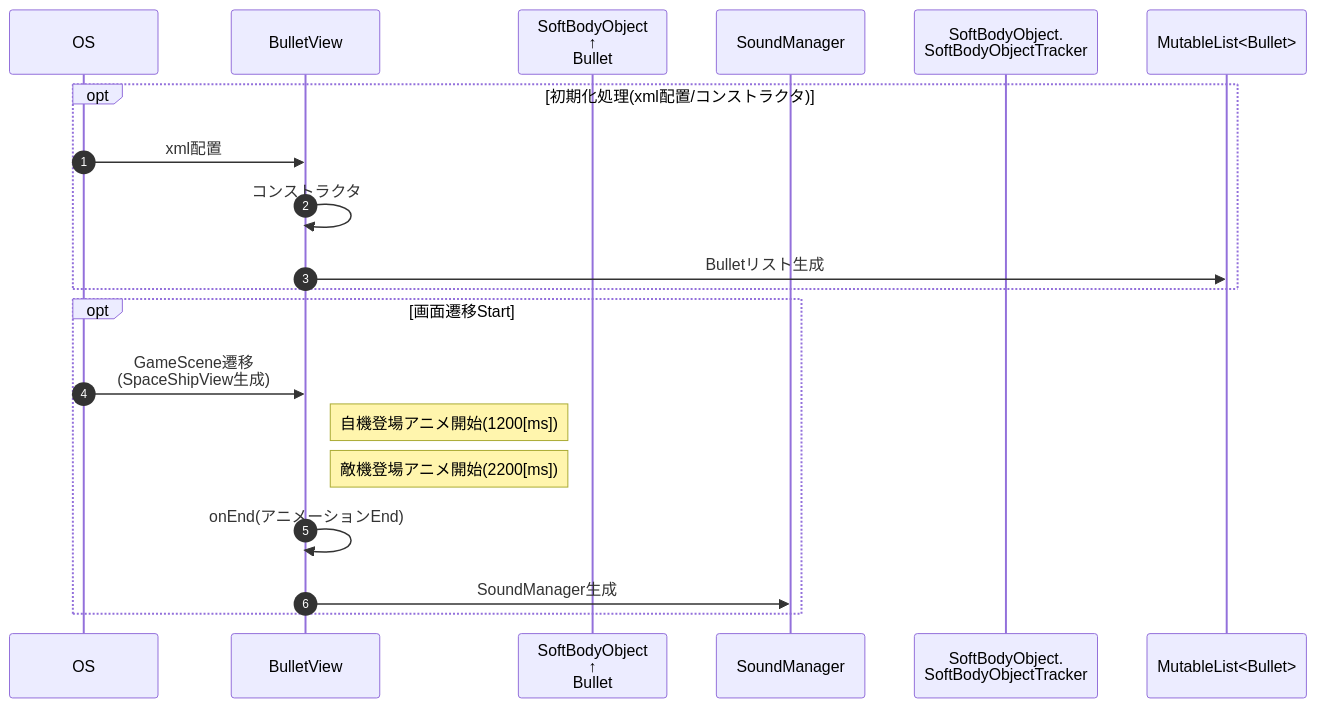
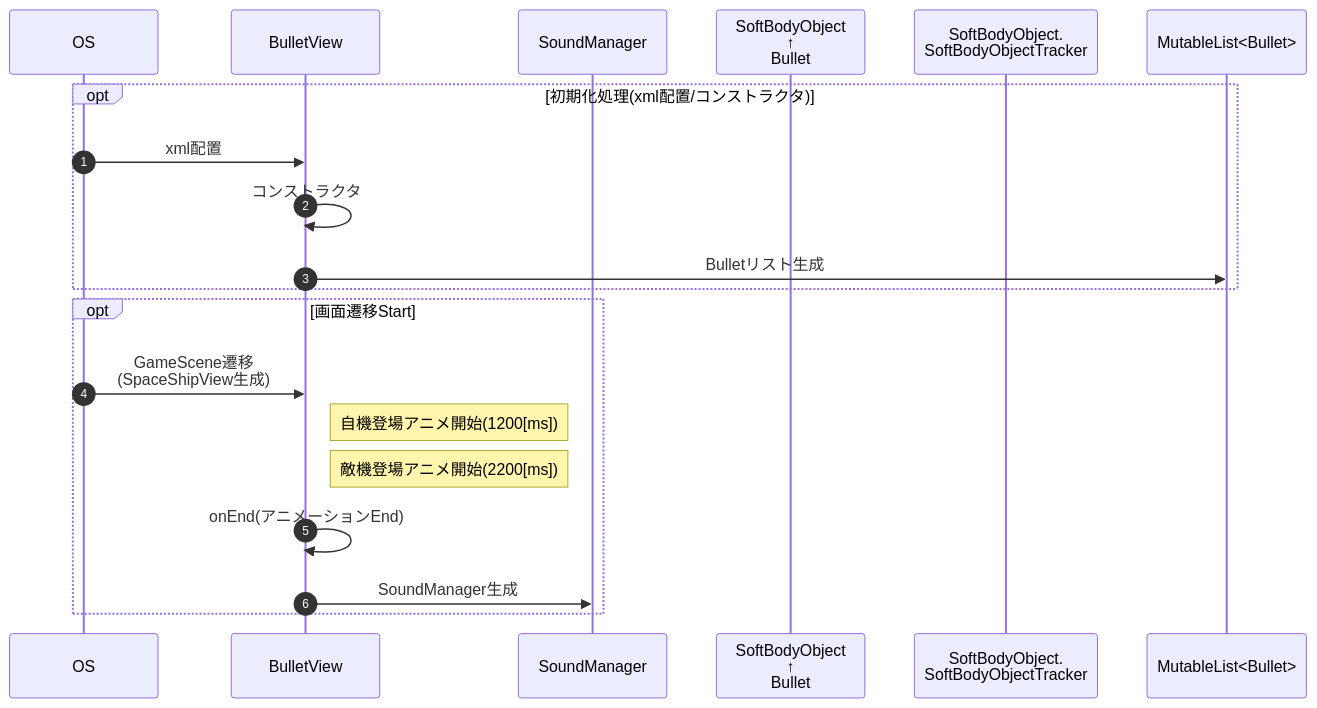
The second of 4 diagrams in README.md (aaaa1597/AndKotlin-Invaders), drawn with Mermaid before and after one commit. The commit also changed other lines of this file, not shown here.

````diff
--- a/README.md
+++ b/README.md
@@ -62,26 +64,26 @@
 ```mermaid
-%% SpaceShipViewのシーケンス
+%% SpaceShipViewのシーケンス(初期化)
 sequenceDiagram
     autonumber
     participant OS
     participant BulletView
+    participant SoundManager
     participant Bullet as SoftBodyObject<br/>↑<br/>Bullet
-    participant SoundManager
     participant SoftBodyObjectTracker as SoftBodyObject.<br/>SoftBodyObjectTracker
     participant BulletList as MutableList<Bullet>
 
 opt 初期化処理(xml配置/コンストラクタ)
     OS->>BulletView: xml配置
     BulletView->>BulletView: コンストラクタ
     BulletView->>BulletList: Bulletリスト生成
 end
 
 opt 画面遷移Start
     OS->>BulletView: GameScene遷移<br/>(SpaceShipView生成)
     Note right of BulletView: 自機登場アニメ開始(1200[ms])
     Note right of BulletView: 敵機登場アニメ開始(2200[ms])
     BulletView->>BulletView: onEnd(アニメーションEnd)
     BulletView->>SoundManager: SoundManager生成
 end
 
 ```
````
